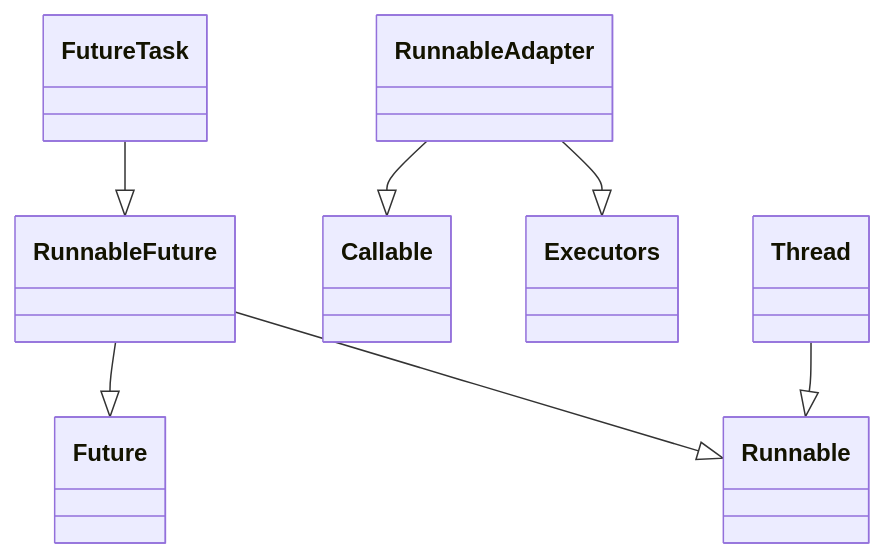
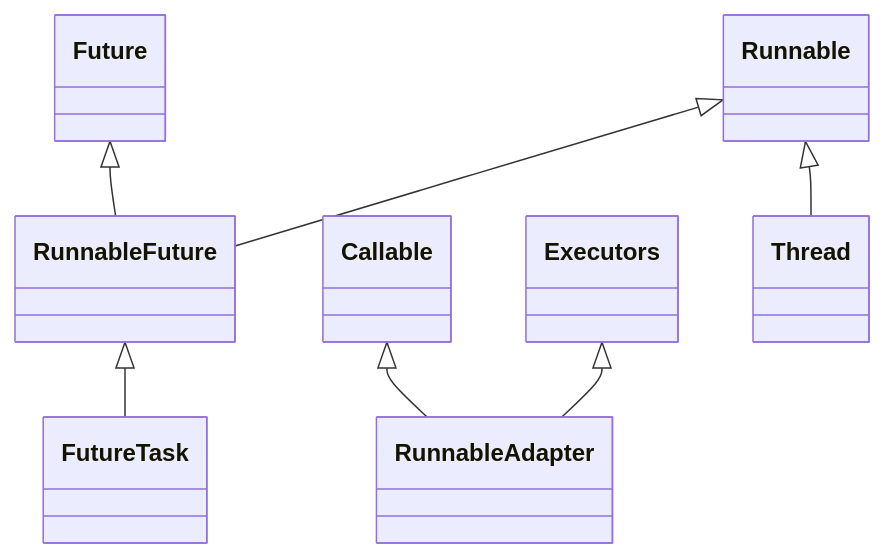
The first of 2 diagrams in doc/编程语言/JAVA/JAVA并发编程/线程.md (0xcaffebabe/note), drawn with Mermaid before and after one commit. The commit also changed other lines of this file and 4 other files, not shown here.

````diff
--- a/doc/编程语言/JAVA/JAVA并发编程/线程.md
+++ b/doc/编程语言/JAVA/JAVA并发编程/线程.md
@@ -9,9 +9,10 @@
 ```mermaid
 classDiagram
+    direction BT
     FutureTask --|> RunnableFuture
     RunnableAdapter --|> Callable
     RunnableAdapter --|> Executors
     RunnableFuture --|> Future
     RunnableFuture --|> Runnable
     Thread --|> Runnable
 ```
````
